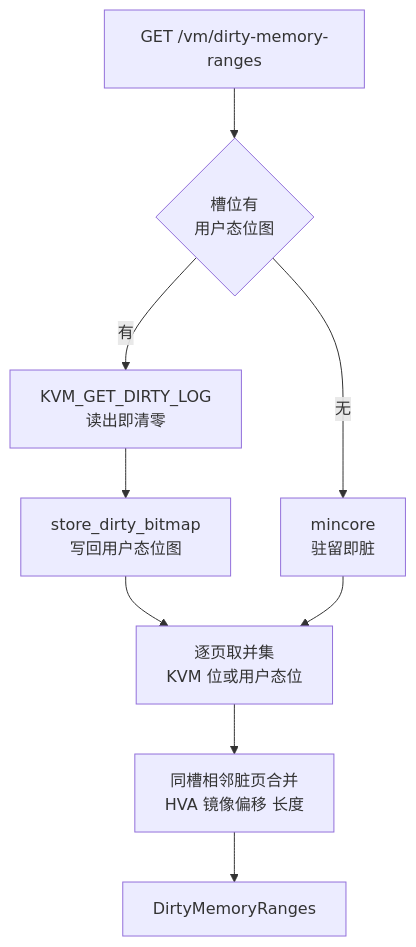
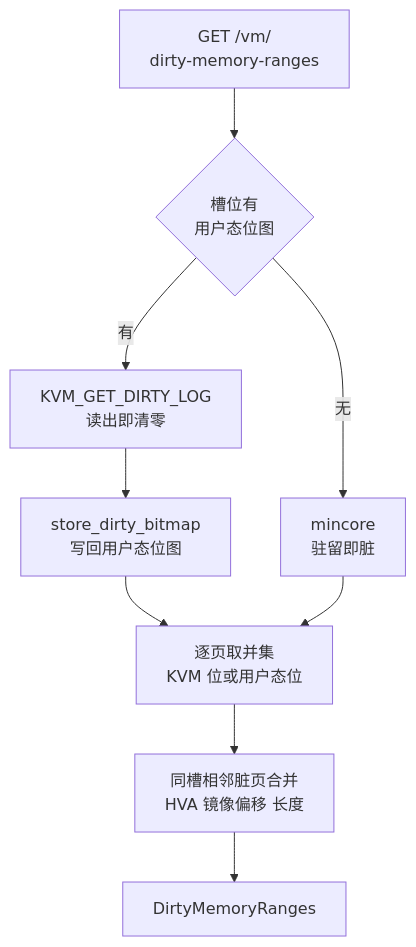
Before and after one commit to AustinJiangg/ai-books: the second of 2 diagrams in agentenv/67-firecracker-patch-layer.md, drawn with Mermaid. The commit also changed 5 other files, not shown here.

````diff
--- a/agentenv/67-firecracker-patch-layer.md
+++ b/agentenv/67-firecracker-patch-layer.md
@@ -142,11 +142,11 @@
 ```mermaid
 flowchart TB
-    A["GET /vm/dirty-memory-ranges"] --> B{"槽位有<br/>用户态位图"}
+    A["GET /vm/<br/>dirty-memory-ranges"] --> B{"槽位有<br/>用户态位图"}
     B -->|"有"| C["KVM_GET_DIRTY_LOG<br/>读出即清零"]
     B -->|"无"| D["mincore<br/>驻留即脏"]
     C --> E["store_dirty_bitmap<br/>写回用户态位图"]
     E --> F["逐页取并集<br/>KVM 位或用户态位"]
     D --> F
     F --> G["同槽相邻脏页合并<br/>HVA 镜像偏移 长度"]
     G --> H["DirtyMemoryRanges"]
 ```
````
